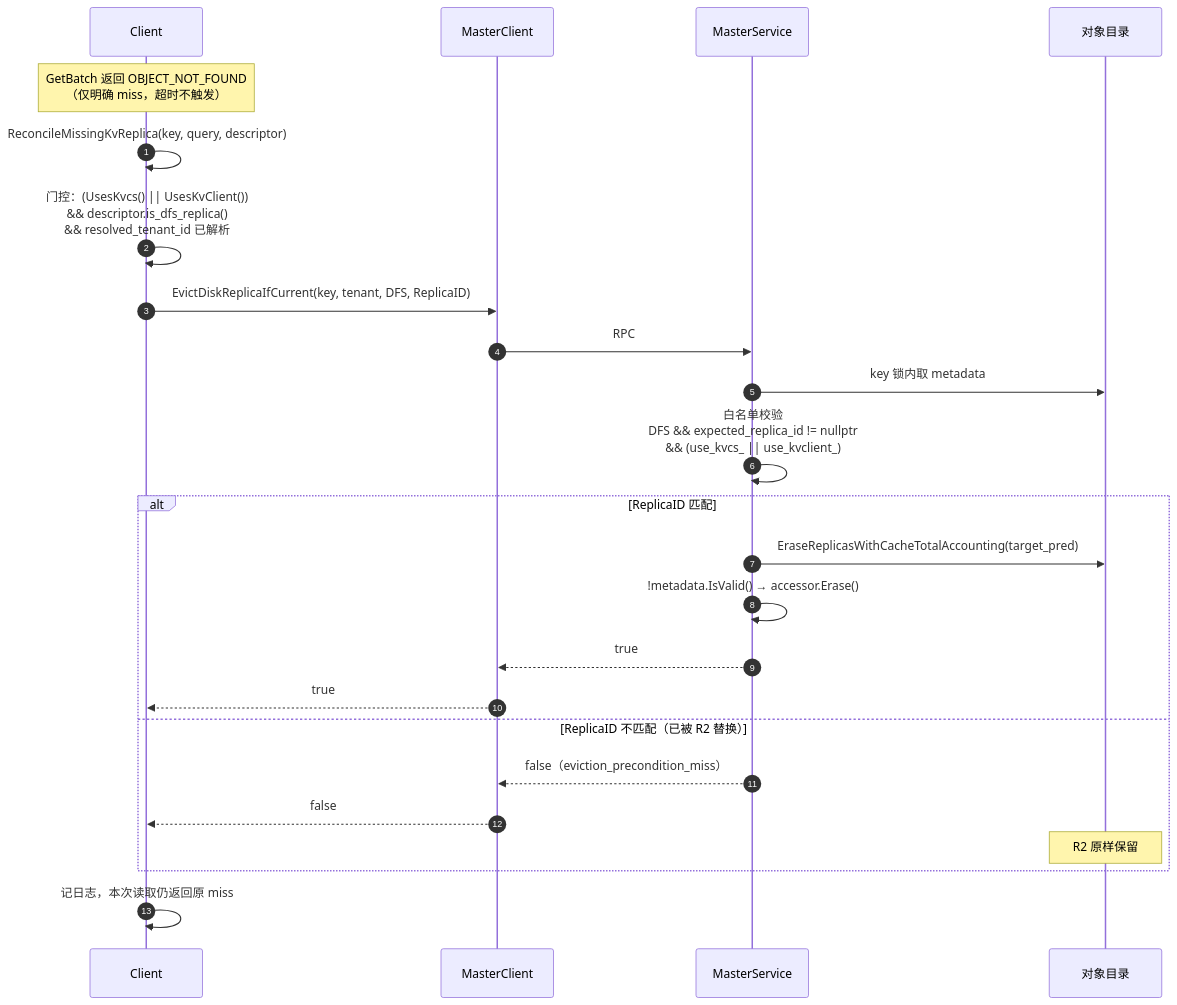
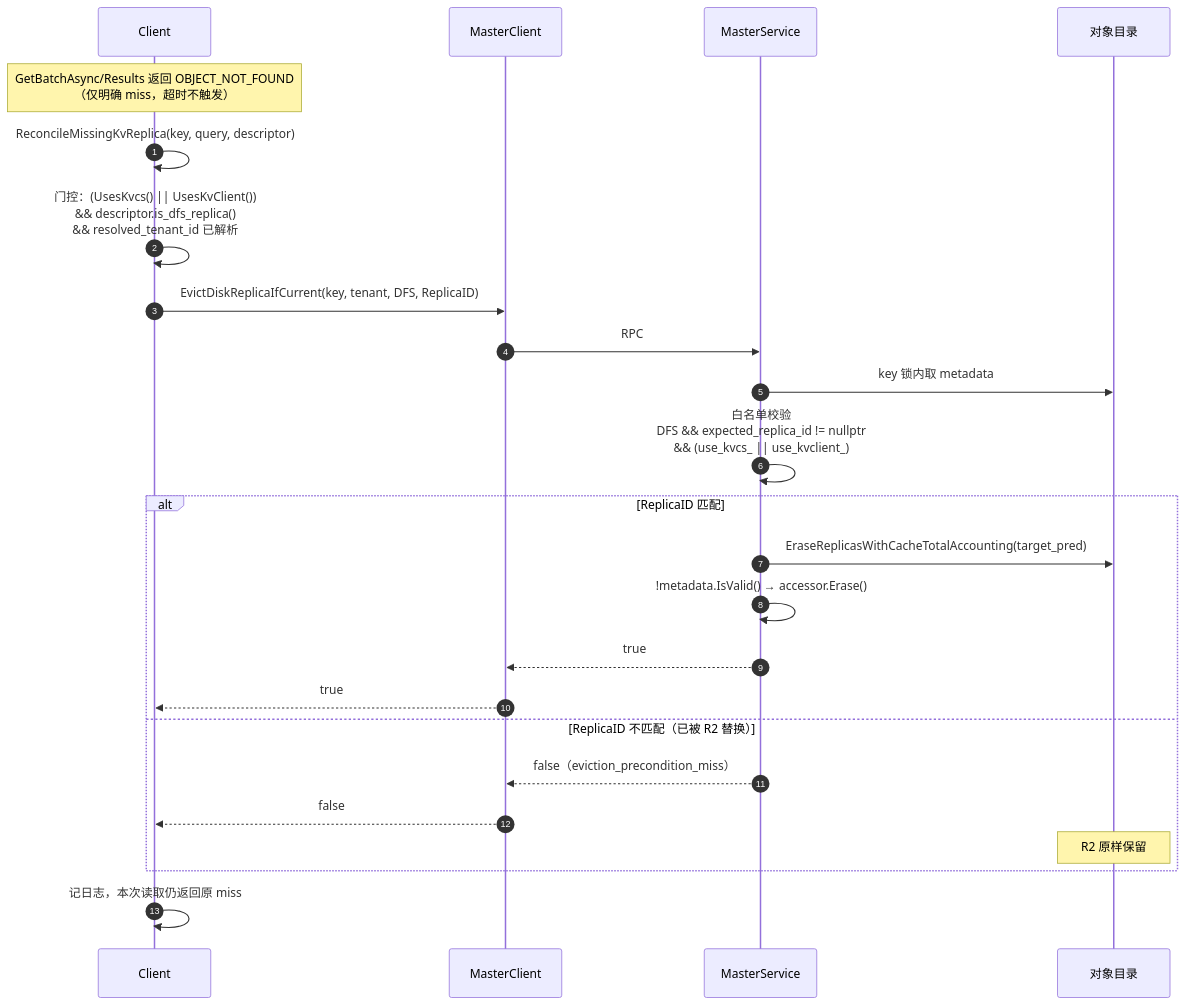
Diagram 12 of 13 in Mooncake + KVClient L3 接入（Kvcs）- v3.md (zwj20000328-dotcom/Mooncake-documents), drawn with Mermaid before and after one commit. The commit also changed other lines of this file and 3 other files, not shown here.

````diff
--- a/Mooncake + KVClient L3 接入（Kvcs）- v3.md
+++ b/Mooncake + KVClient L3 接入（Kvcs）- v3.md
@@ -741,27 +737,27 @@
 ```mermaid
 sequenceDiagram
     autonumber
     participant C as Client
     participant MC as MasterClient
     participant M as MasterService
     participant META as 对象目录
 
-    Note over C: GetBatch 返回 OBJECT_NOT_FOUND<br/>（仅明确 miss，超时不触发）
+    Note over C: GetBatchAsync/Results 返回 OBJECT_NOT_FOUND<br/>（仅明确 miss，超时不触发）
     C->>C: ReconcileMissingKvReplica(key, query, descriptor)
     C->>C: 门控：(UsesKvcs() || UsesKvClient())<br/>&& descriptor.is_dfs_replica()<br/>&& resolved_tenant_id 已解析
     C->>MC: EvictDiskReplicaIfCurrent(key, tenant, DFS, ReplicaID)
     MC->>M: RPC
     M->>META: key 锁内取 metadata
     M->>M: 白名单校验<br/>DFS && expected_replica_id != nullptr<br/>&& (use_kvcs_ || use_kvclient_)
     alt ReplicaID 匹配
         M->>META: EraseReplicasWithCacheTotalAccounting(target_pred)
         M->>M: !metadata.IsValid() → accessor.Erase()
         M-->>MC: true
         MC-->>C: true
     else ReplicaID 不匹配（已被 R2 替换）
         M-->>MC: false（eviction_precondition_miss）
         MC-->>C: false
         Note over META: R2 原样保留
     end
     C->>C: 记日志，本次读取仍返回原 miss
 ```
````
